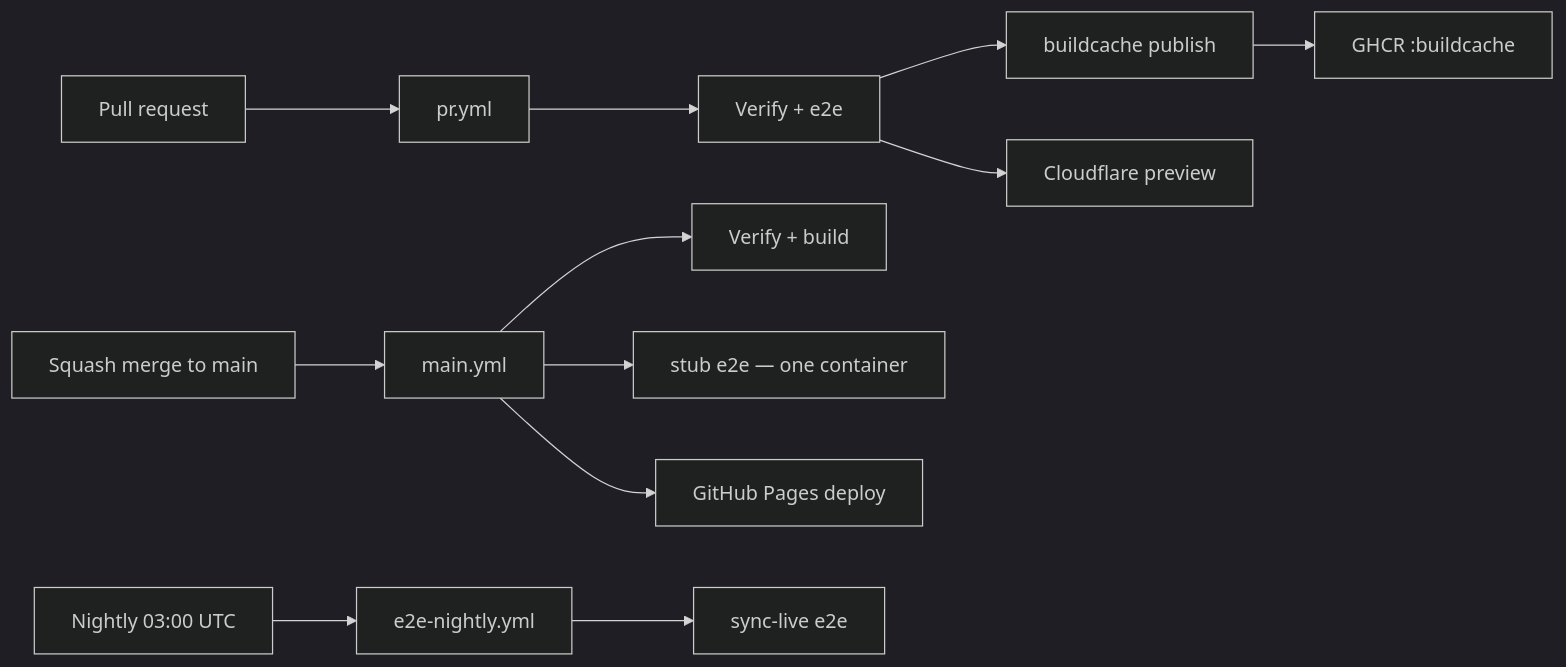
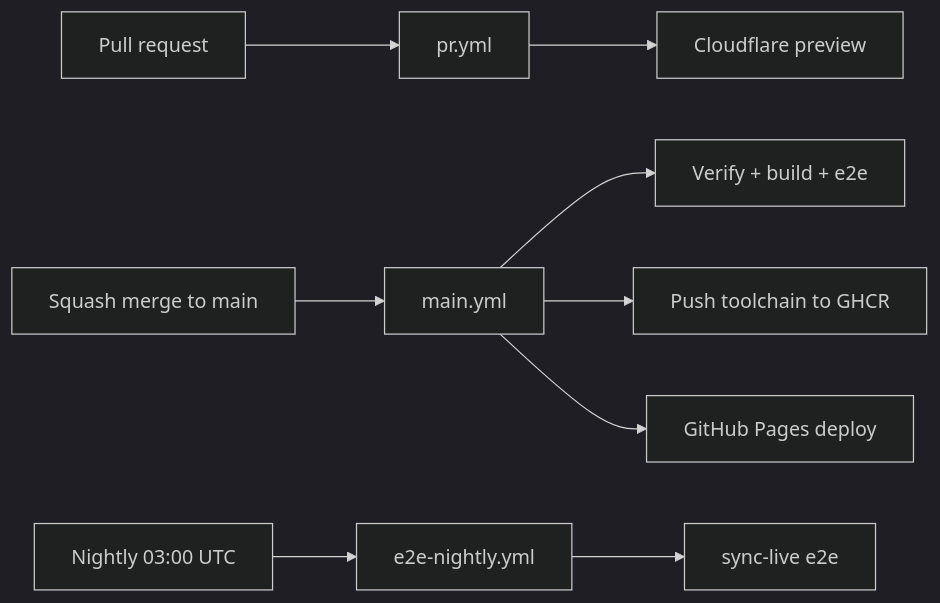
The diagram in .cortex/workflows/ci-pipeline.md (meta-secret/nook), drawn with Mermaid (dark theme) before and after one commit. The commit also changed 10 other files, not shown here.

First line of the commit message:
Publish toolchain to GHCR on main only.

````diff
--- a/.cortex/workflows/ci-pipeline.md
+++ b/.cortex/workflows/ci-pipeline.md
@@ -14,16 +14,13 @@
 ```mermaid
 flowchart LR
   PR[Pull request] --> pr_yml[pr.yml]
-  pr_yml --> verify[Verify + e2e]
-  verify --> cache_push[buildcache publish]
-  verify --> preview[Cloudflare preview]
-  cache_push --> ghcr[GHCR :buildcache]
+  pr_yml --> preview[Cloudflare preview]
 
   merge[Squash merge to main] --> main_yml[main.yml]
-  main_yml --> main_verify[Verify + build]
-  main_yml --> e2e_stub[stub e2e — one container]
+  main_yml --> main_verify[Verify + build + e2e]
+  main_yml --> toolchain_push[Push toolchain to GHCR]
   main_yml --> pages[GitHub Pages deploy]
 
   cron[Nightly 03:00 UTC] --> nightly[e2e-nightly.yml]
   nightly --> e2e_live[sync-live e2e]
 ```
````
